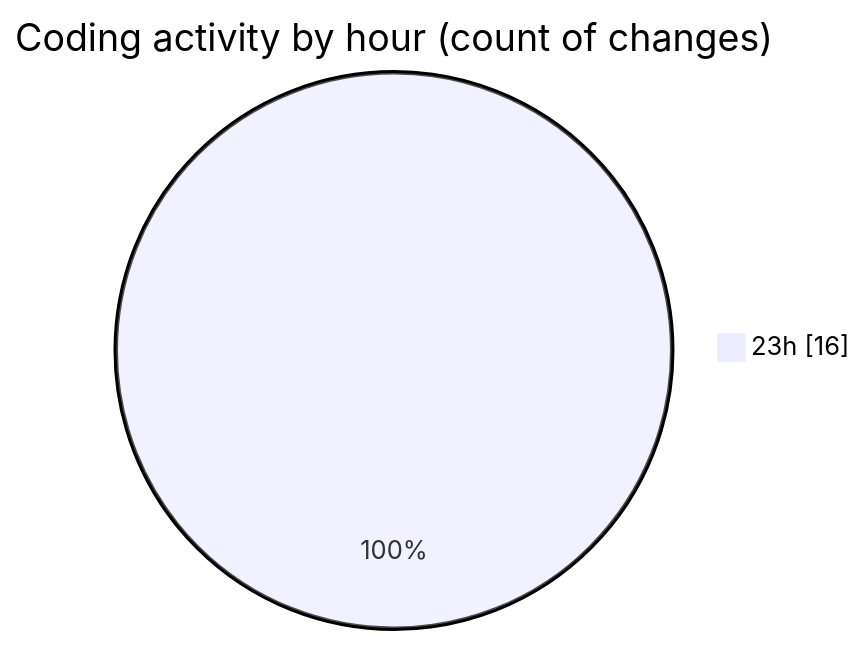
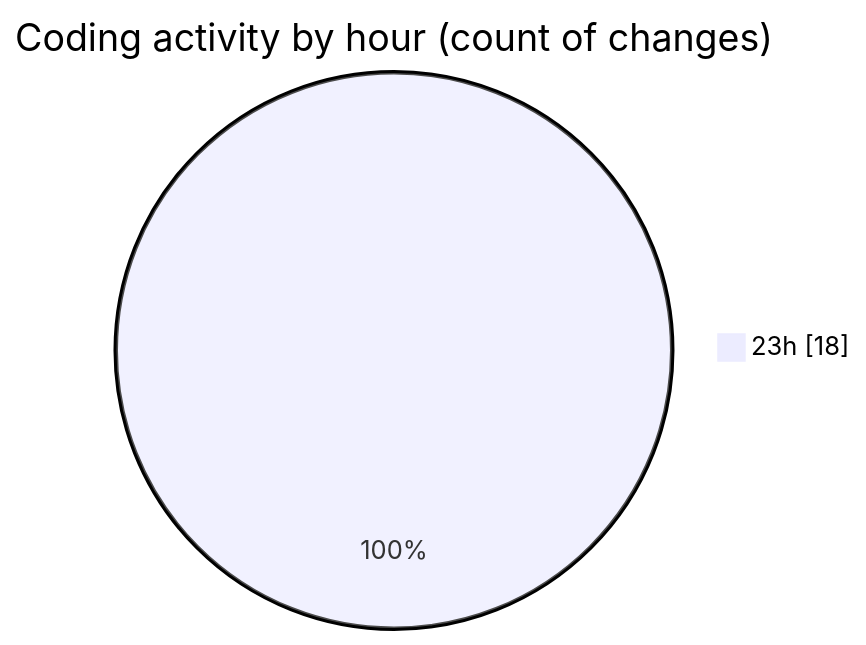
One commit to lephambinh05/code-tracking changed the second of 2 diagrams in 2025-07-10/shopaccv1/README.md. Above: the diagram before and after it, drawn with Mermaid. The commit also changed other lines of this file and 1 other file, not shown here.

````diff
--- a/2025-07-10/shopaccv1/README.md
+++ b/2025-07-10/shopaccv1/README.md
@@ -39,5 +40,5 @@
 ```mermaid
 pie showData
 title Coding activity by hour (count of changes)
-"23h" : 16
+"23h" : 18
 ```
````
